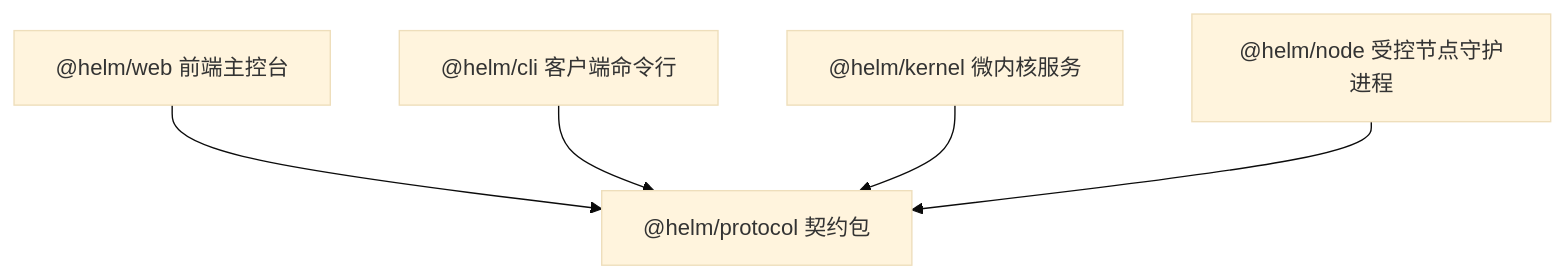
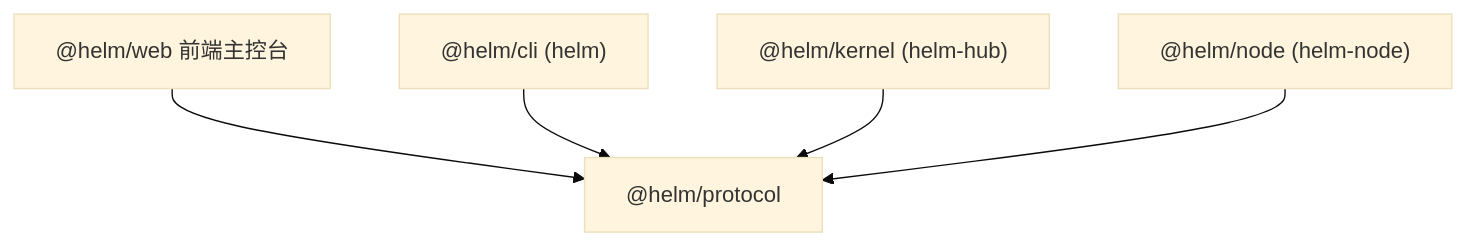
Before and after one commit to team4u/helm: the second of 3 diagrams in docs/architecture/overview.md, drawn with Mermaid (base theme). The commit also changed other lines of this file and 67 other files, not shown here.

````diff
--- a/docs/architecture/overview.md
+++ b/docs/architecture/overview.md
@@ -93,7 +69,7 @@
 ```mermaid
 flowchart TD
-    Web["@helm/web 前端主控台"] --> Protocol["@helm/protocol 契约包"]
-    Cli["@helm/cli 客户端命令行"] --> Protocol
-    Kernel["@helm/kernel 微内核服务"] --> Protocol
-    Node["@helm/node 受控节点守护进程"] --> Protocol
+    Web["@helm/web 前端主控台"] --> Protocol["@helm/protocol"]
+    Cli["@helm/cli (helm)"] --> Protocol
+    Kernel["@helm/kernel (helm-hub)"] --> Protocol
+    Node["@helm/node (helm-node)"] --> Protocol
 ```
````
